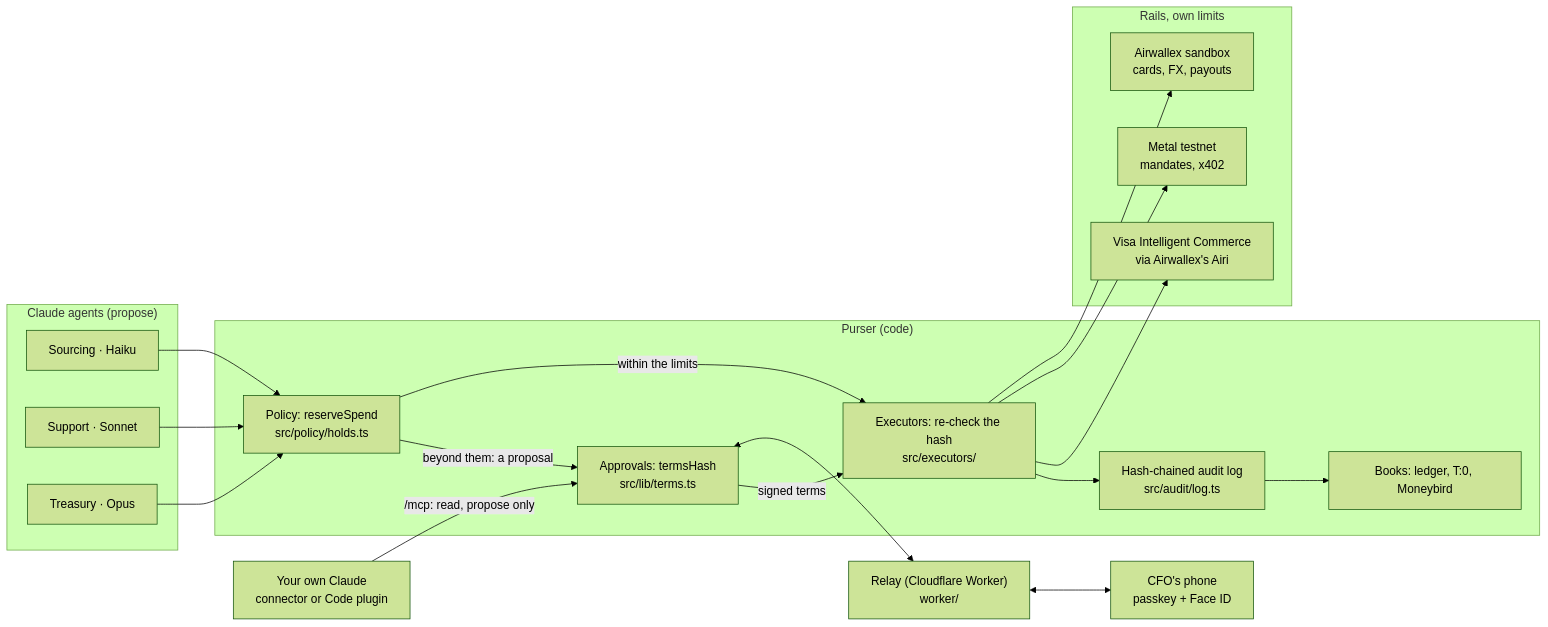
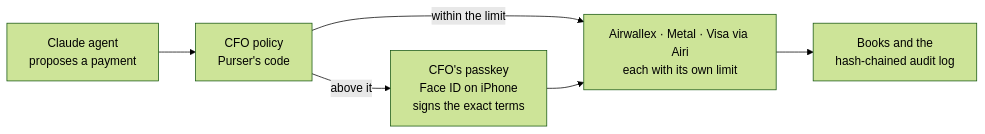
The first of 4 diagrams in README.md (agamemnon-coder/x402-business-agents), drawn with Mermaid (forest theme) before and after one commit. The commit also changed other lines of this file and 11 other files, not shown here.

````diff
--- a/README.md
+++ b/README.md
@@ -76,31 +23,8 @@
 ```mermaid
 flowchart LR
-  subgraph Agents["Claude agents (propose)"]
-    S["Sourcing · Haiku"]
-    U["Support · Sonnet"]
-    T["Treasury · Opus"]
-  end
-  CL["Your own Claude<br/>connector or Code plugin"]
-  subgraph Purser["Purser (code)"]
-    P["Policy: reserveSpend<br/>src/policy/holds.ts"]
-    A["Approvals: termsHash<br/>src/lib/terms.ts"]
-    X["Executors: re-check the hash<br/>src/executors/"]
-    L["Hash-chained audit log<br/>src/audit/log.ts"]
-    B["Books: ledger, T:0, Moneybird"]
-  end
-  R["Relay (Cloudflare Worker)<br/>worker/"]
-  F["CFO's phone<br/>passkey + Face ID"]
-  subgraph Rails["Rails, own limits"]
-    AW["Airwallex sandbox<br/>cards, FX, payouts"]
-    M["Metal testnet<br/>mandates, x402"]
-    V["Visa Intelligent Commerce<br/>via Airwallex's Airi"]
-  end
-  S & U & T --> P
-  CL -- "/mcp: read, propose only" --> A
-  P -- "within the limits" --> X
-  P -- "beyond them: a proposal" --> A
-  A <--> R <--> F
-  A -- "signed terms" --> X
-  X --> AW & M & V
-  X --> L --> B
+  A["Claude agent<br/>proposes a payment"] --> P["CFO policy<br/>Purser's code"]
+  P -- "within the limit" --> R["Airwallex · Metal · Visa via Airi<br/>each with its own limit"]
+  P -- "above it" --> F["CFO's passkey<br/>Face ID on iPhone<br/>signs the exact terms"]
+  F --> R
+  R --> B["Books and the<br/>hash-chained audit log"]
 ```
````
